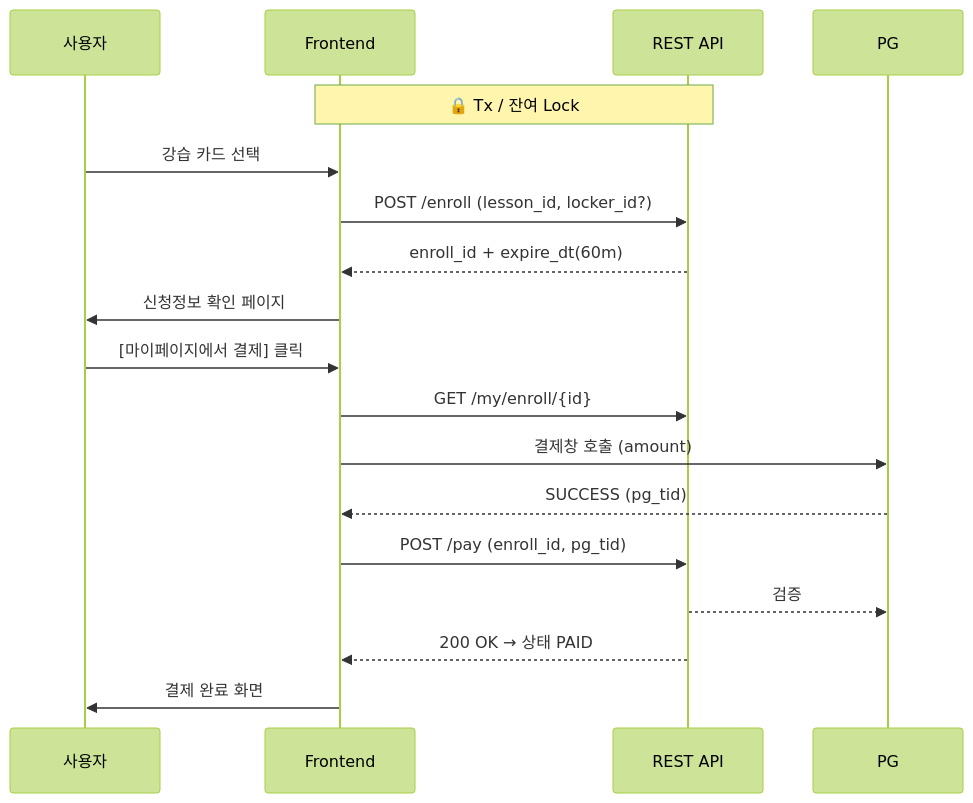
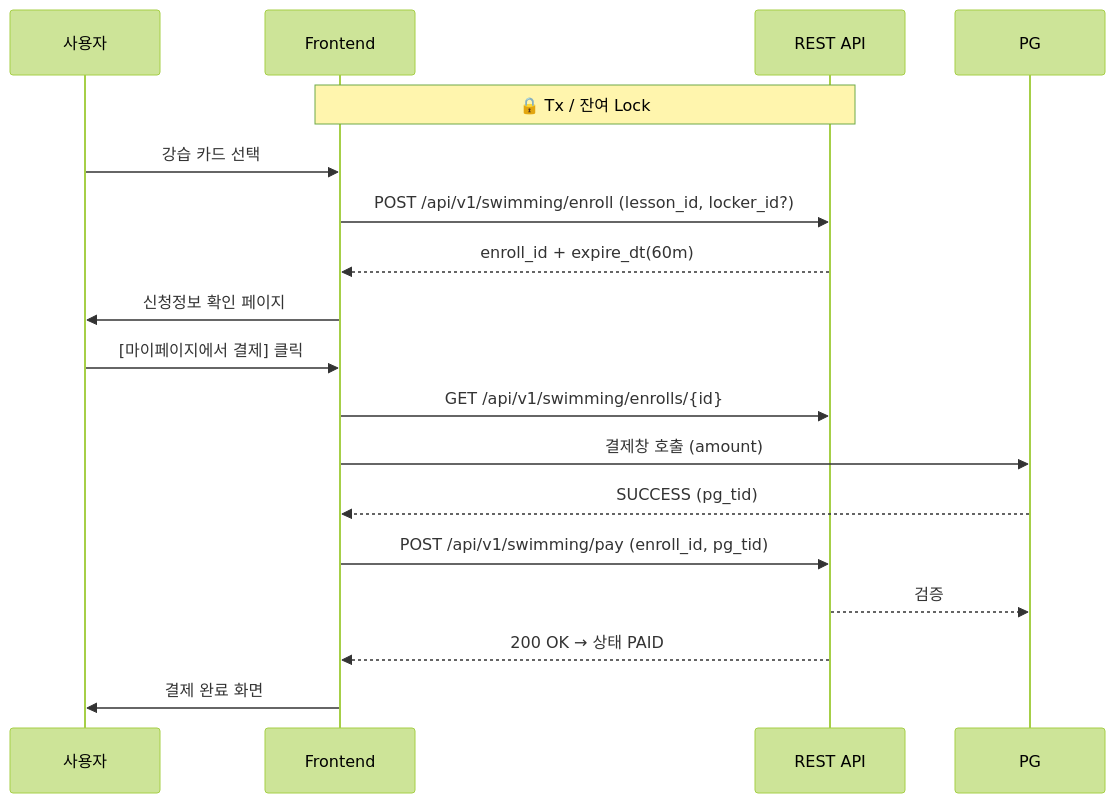
Before and after one commit to Russ481-k/arpina-server: the diagram in Docs/cms/swim-user.md, drawn with Mermaid (forest theme). The commit also changed other lines of this file and 23 other files, not shown here.

Commit message:
Update swim user documentation to reflect API endpoint changes and enhance security configuration. Modified API paths in the documentation for clarity and added permissions for swimming-related endpoints in the security configuration.

````diff
--- a/Docs/cms/swim-user.md
+++ b/Docs/cms/swim-user.md
@@ -21,21 +21,21 @@
   ```mermaid
   sequenceDiagram
       participant U as 사용자
       participant FE as Frontend
       participant API as REST API
       participant PG as PG
       Note over FE,API: 🔒 Tx / 잔여 Lock
       U->>FE: 강습 카드 선택
-      FE->>API: POST /enroll (lesson_id, locker_id?)
+      FE->>API: POST /api/v1/swimming/enroll (lesson_id, locker_id?)
       API-->>FE: enroll_id + expire_dt(60m)
       FE->>U: 신청정보 확인 페이지
       U->>FE: [마이페이지에서 결제] 클릭
-      FE->>API: GET /my/enroll/{id}
+      FE->>API: GET /api/v1/swimming/enrolls/{id}
       FE->>PG: 결제창 호출 (amount)
       PG-->>FE: SUCCESS (pg_tid)
-      FE->>API: POST /pay (enroll_id, pg_tid)
+      FE->>API: POST /api/v1/swimming/pay (enroll_id, pg_tid)
       API-->>PG: 검증
       API-->>FE: 200 OK → 상태 PAID
       FE->>U: 결제 완료 화면
 
   ```
````
